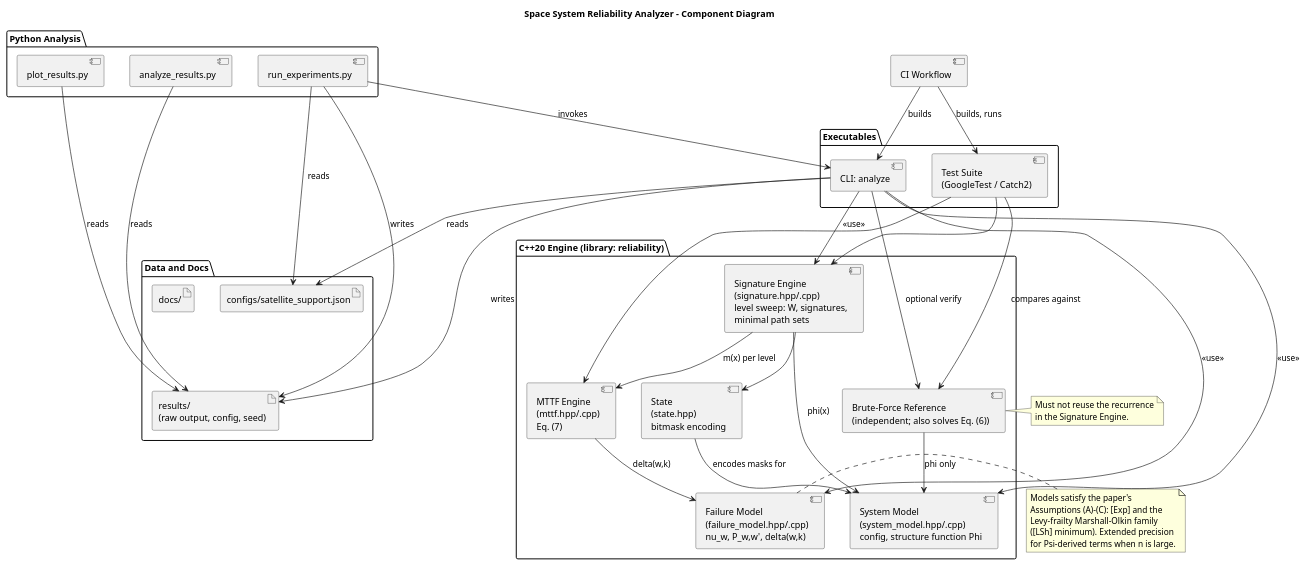
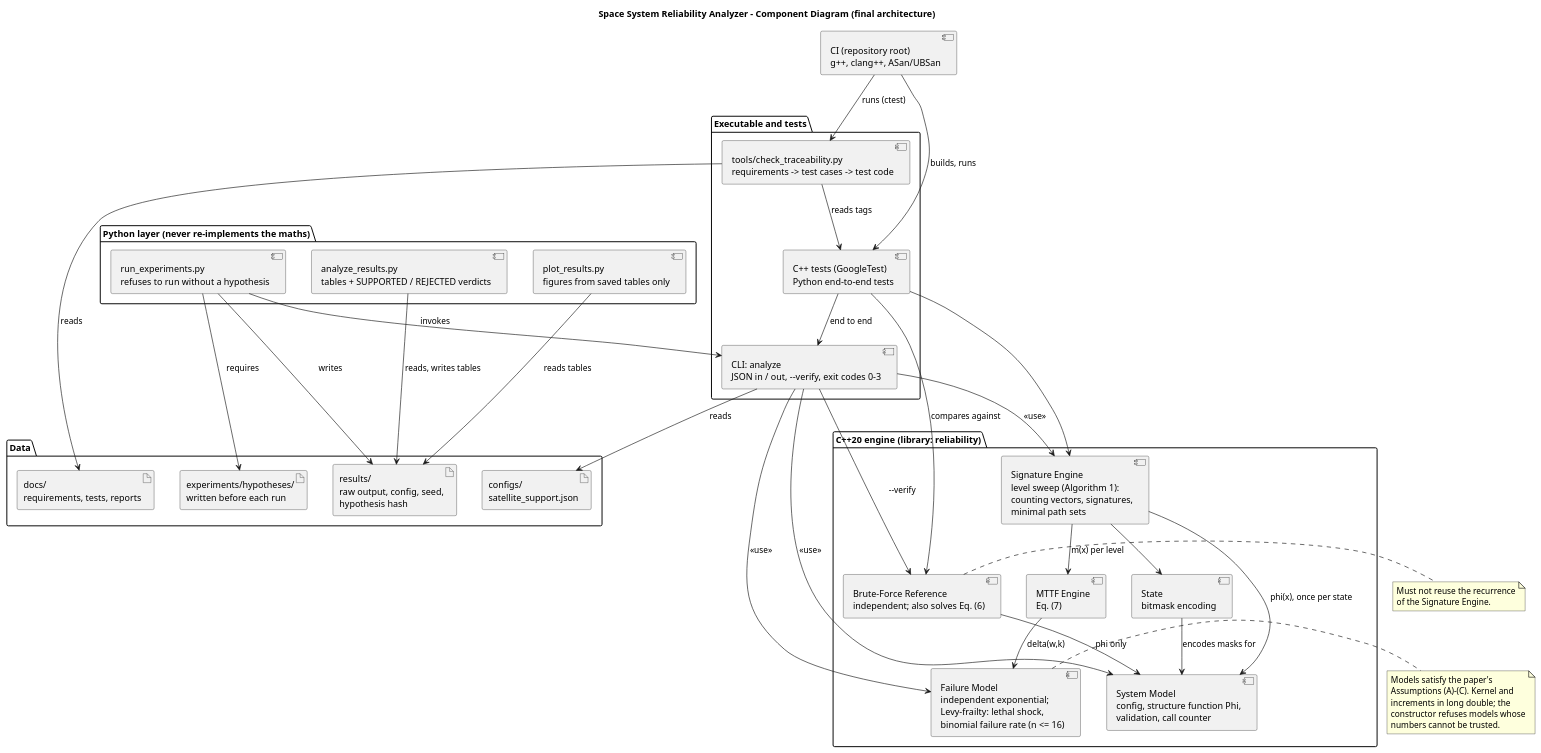
One commit to giba12/Systems-With-Simultaneous-Failures changed the diagram in docs/uml/component.puml. Above: the diagram before and after it, drawn with PlantUML. The commit also changed 12 other files, not shown here.

```diff
--- a/docs/uml/component.puml
+++ b/docs/uml/component.puml
@@ -1,75 +1,76 @@
 @startuml component
-title Space System Reliability Analyzer - Component Diagram
+title Space System Reliability Analyzer - Component Diagram (final architecture)
 skinparam componentStyle uml2
 skinparam nodesep 40
 skinparam ranksep 60
 
-package "Python Analysis" {
-  component "run_experiments.py" as RUN
-  component "analyze_results.py" as ANA
-  component "plot_results.py" as PLOT
+package "Python layer (never re-implements the maths)" {
+  component "run_experiments.py\nrefuses to run without a hypothesis" as RUN
+  component "analyze_results.py\ntables + SUPPORTED / REJECTED verdicts" as ANA
+  component "plot_results.py\nfigures from saved tables only" as PLOT
 }
 
-package "Executables" {
-  component "CLI: analyze" as CLI
-  component "Test Suite\n(GoogleTest / Catch2)" as TESTS
+package "Executable and tests" {
+  component "CLI: analyze\nJSON in / out, --verify, exit codes 0-3" as CLI
+  component "C++ tests (GoogleTest)\nPython end-to-end tests" as TESTS
+  component "tools/check_traceability.py\nrequirements -> test cases -> test code" as TRACE
 }
 
-package "C++20 Engine (library: reliability)" {
-  component "System Model\n(system_model.hpp/.cpp)\nconfig, structure function Phi" as SM
-  component "State\n(state.hpp)\nbitmask encoding" as ST
-  component "Signature Engine\n(signature.hpp/.cpp)\nlevel sweep: W, signatures,\nminimal path sets" as SIG
-  component "Failure Model\n(failure_model.hpp/.cpp)\nnu_w, P_w,w', delta(w,k)" as FM
-  component "MTTF Engine\n(mttf.hpp/.cpp)\nEq. (7)" as MTTF
-  component "Brute-Force Reference\n(independent; also solves Eq. (6))" as REF
+package "C++20 engine (library: reliability)" {
+  component "System Model\nconfig, structure function Phi,\nvalidation, call counter" as SM
+  component "State\nbitmask encoding" as ST
+  component "Signature Engine\nlevel sweep (Algorithm 1):\ncounting vectors, signatures,\nminimal path sets" as SIG
+  component "Failure Model\nindependent exponential;\nLevy-frailty: lethal shock,\nbinomial failure rate (n <= 16)" as FM
+  component "MTTF Engine\nEq. (7)" as MTTF
+  component "Brute-Force Reference\nindependent; also solves Eq. (6)" as REF
 }
 
-package "Data and Docs" {
-  artifact "configs/satellite_support.json" as CFG
-  artifact "results/\n(raw output, config, seed)" as RES
-  artifact "docs/" as DOCS
+package "Data" {
+  artifact "configs/\nsatellite_support.json" as CFG
+  artifact "experiments/hypotheses/\nwritten before each run" as HYP
+  artifact "results/\nraw output, config, seed,\nhypothesis hash" as RES
+  artifact "docs/\nrequirements, tests, reports" as DOCS
 }
 
-component "CI Workflow" as CI
+component "CI (repository root)\ng++, clang++, ASan/UBSan" as CI
 
 RUN -down-> CLI : invokes
-RUN -down-> CFG : reads
+RUN -down-> HYP : requires
 RUN -down-> RES : writes
-ANA -down-> RES : reads
-PLOT -down-> RES : reads
+ANA -down-> RES : reads, writes tables
+PLOT -down-> RES : reads tables
 
 CI -down-> TESTS : builds, runs
-CI -down-> CLI : builds
+CI -down-> TRACE : runs (ctest)
+TRACE -down-> DOCS : reads
+TRACE -down-> TESTS : reads tags
 
 CLI -down-> SM : <<use>>
 CLI -down-> SIG : <<use>>
 CLI -down-> FM : <<use>>
-CLI -down-> REF : optional verify
+CLI -down-> REF : --verify
 CLI -down-> CFG : reads
-CLI -down-> RES : writes
 TESTS -down-> SIG
-TESTS -down-> MTTF
 TESTS -down-> REF : compares against
+TESTS -down-> CLI : end to end
 
-SIG -down-> SM : phi(x)
+SIG -down-> SM : phi(x), once per state
 SIG -down-> ST
 SIG -down-> MTTF : m(x) per level
 MTTF -down-> FM : delta(w,k)
 REF -down-> SM : phi only
 ST -down-> SM : encodes masks for
 
-DOCS -[hidden]down-> RES
-
 note right of FM
   Models satisfy the paper's
-  Assumptions (A)-(C): [Exp] and the
-  Levy-frailty Marshall-Olkin family
-  ([LSh] minimum). Extended precision
-  for Psi-derived terms when n is large.
+  Assumptions (A)-(C). Kernel and
+  increments in long double; the
+  constructor refuses models whose
+  numbers cannot be trusted.
 end note
 
 note right of REF
   Must not reuse the recurrence
-  in the Signature Engine.
+  of the Signature Engine.
 end note
 @enduml
```
